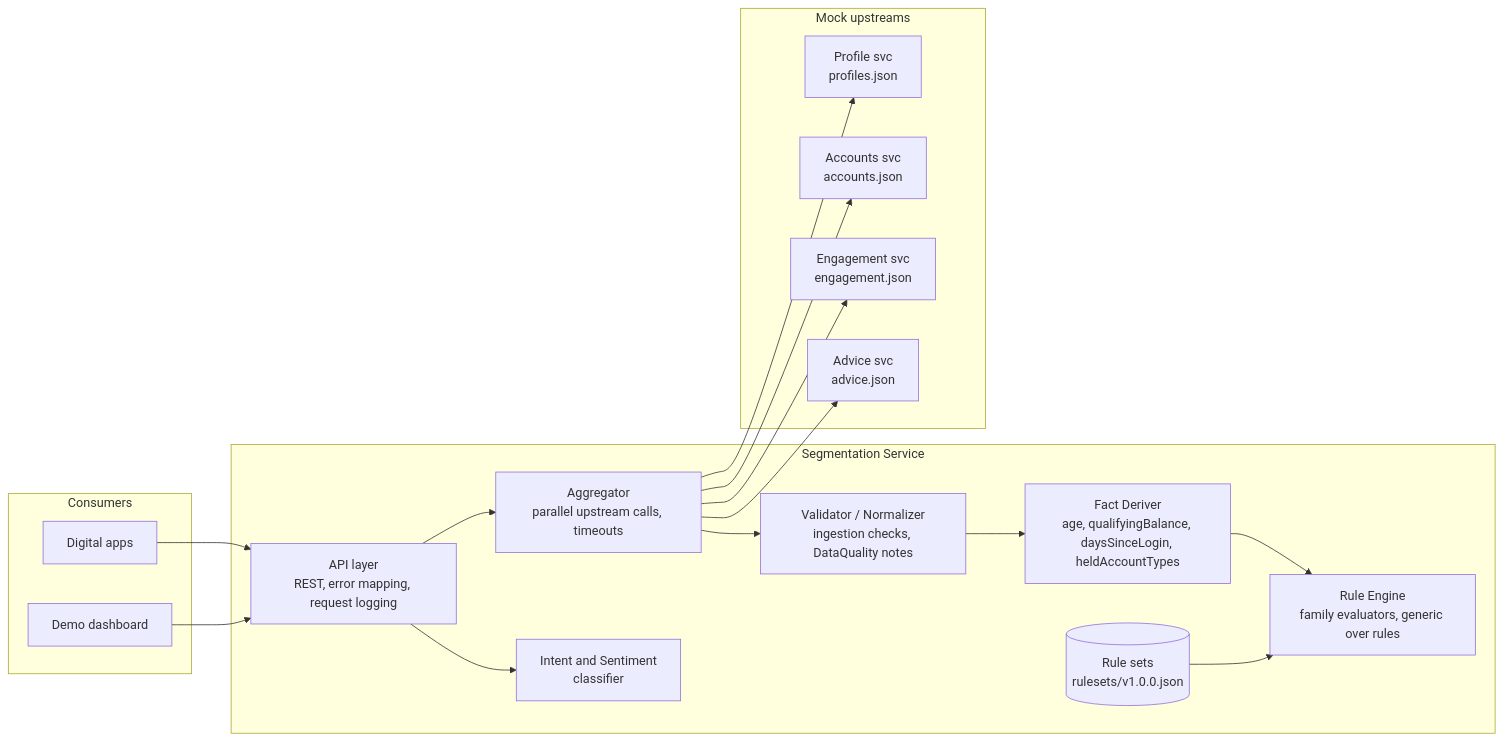
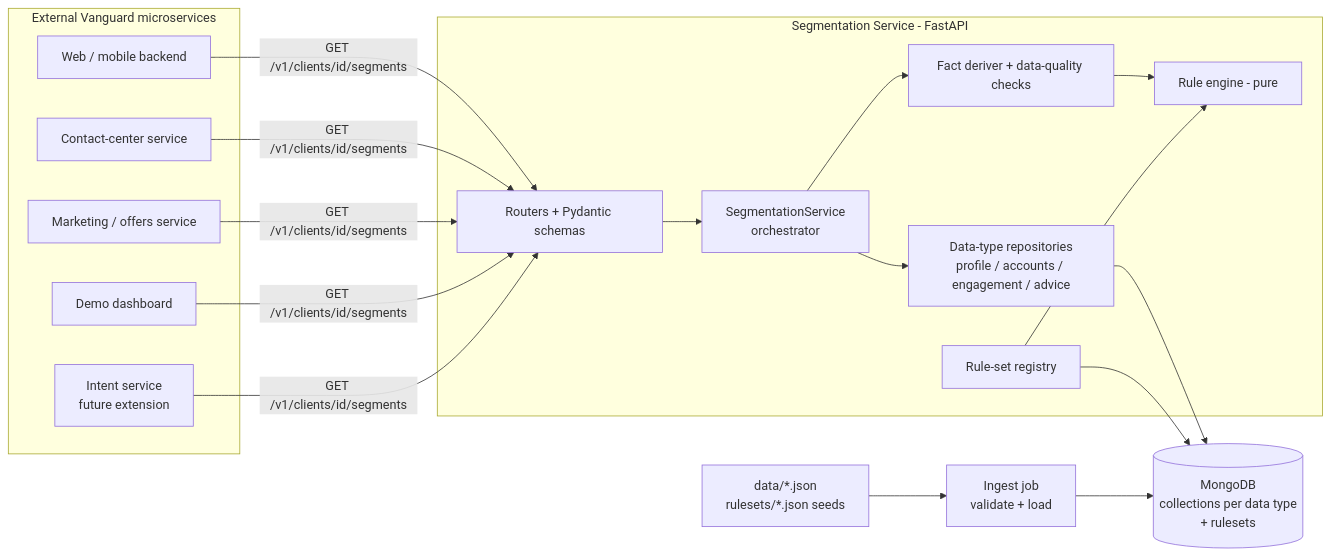
The first of 4 diagrams in docs/03-service-design.md (JustinGarvida/vanguard-css), drawn with Mermaid before and after one commit. The commit also changed other lines of this file and 3 other files, not shown here.

First line of the commit message:
docs: segment service design v0.3 (FastAPI, MongoDB, retrieval by data type) (#6)

````diff
--- a/docs/03-service-design.md
+++ b/docs/03-service-design.md
@@ -30,32 +44,30 @@
 ```mermaid
 flowchart LR
-    subgraph Consumers
-        APP[Digital apps]
+    subgraph Consumers[External Vanguard microservices]
+        MS1[Web / mobile backend]
+        MS2[Contact-center service]
+        MS3[Marketing / offers service]
         DASH[Demo dashboard]
+        INT[Intent service<br/>future extension]
     end
 
-    subgraph CSS[Segmentation Service]
-        API[API layer<br/>REST, error mapping, request logging]
-        AGG[Aggregator<br/>parallel upstream calls, timeouts]
-        VAL[Validator / Normalizer<br/>ingestion checks, DataQuality notes]
-        DER[Fact Deriver<br/>age, qualifyingBalance, daysSinceLogin, heldAccountTypes]
-        ENG[Rule Engine<br/>family evaluators, generic over rules]
-        RS[(Rule sets<br/>rulesets/v1.0.0.json)]
-        NLP[Intent and Sentiment<br/>classifier]
+    subgraph CSS[Segmentation Service - FastAPI]
+        API[Routers + Pydantic schemas]
+        SVC[SegmentationService<br/>orchestrator]
+        REPO[Data-type repositories<br/>profile / accounts / engagement / advice]
+        FACT[Fact deriver + data-quality checks]
+        ENG[Rule engine - pure]
+        RSR[Rule-set registry]
     end
 
-    subgraph Mock upstreams
-        PROF[Profile svc<br/>profiles.json]
-        ACCT[Accounts svc<br/>accounts.json]
-        ENGM[Engagement svc<br/>engagement.json]
-        ADV[Advice svc<br/>advice.json]
-    end
+    DB[(MongoDB<br/>collections per data type<br/>+ rulesets)]
+    ING[Ingest job<br/>validate + load]
+    SRC[data/*.json<br/>rulesets/*.json seeds]
 
-    APP --> API
-    DASH --> API
-    API --> AGG
-    AGG --> PROF & ACCT & ENGM & ADV
-    AGG --> VAL --> DER --> ENG
-    RS --> ENG
-    API --> NLP
+    MS1 & MS2 & MS3 & DASH & INT -->|GET /v1/clients/id/segments| API
+    API --> SVC --> REPO --> DB
+    SVC --> FACT --> ENG
+    RSR --> ENG
+    RSR --> DB
+    SRC --> ING --> DB
 ```
````
